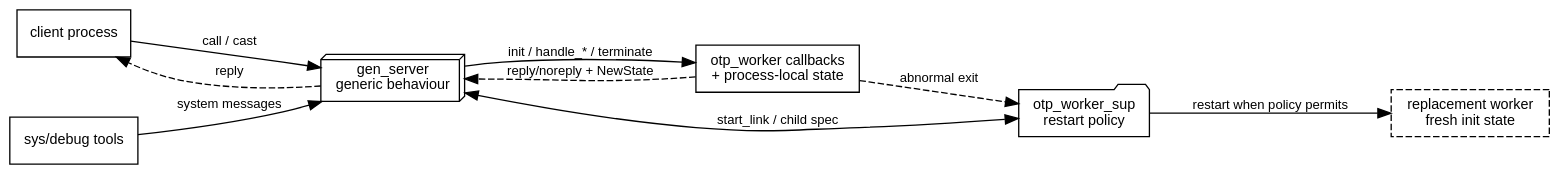
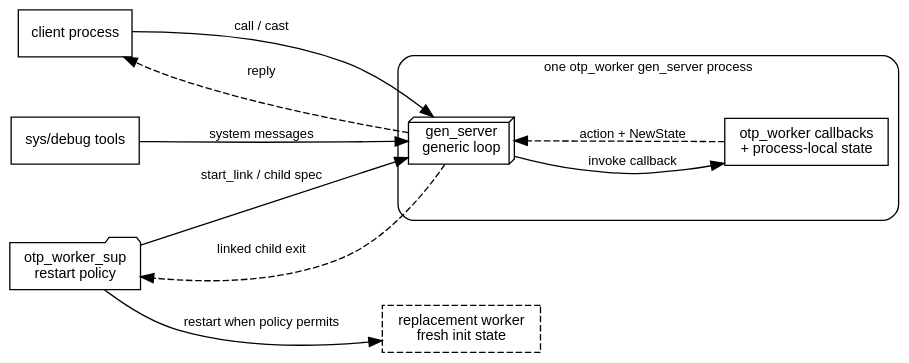
One commit to lost-rob0t/chatgpt-books changed the diagram in books/erlang/assets/otp-worker-lifecycle.dot. Above: the diagram before and after it, drawn with Graphviz.

Commit message:
Clarify Erlang worker process boundary

```diff
--- a/books/erlang/assets/otp-worker-lifecycle.dot
+++ b/books/erlang/assets/otp-worker-lifecycle.dot
@@ -1,21 +1,28 @@
 digraph otp_worker_lifecycle {
   graph [rankdir=LR, bgcolor="transparent", pad="0.2", nodesep="0.45", ranksep="0.8"];
   node [shape=box, fontname="sans-serif", fontsize=11];
   edge [fontname="sans-serif", fontsize=10];
 
   client [label="client process"];
   sys [label="sys/debug tools"];
-  behaviour [label="gen_server\ngeneric behaviour", shape=box3d];
-  callback [label="otp_worker callbacks\n+ process-local state"];
   supervisor [label="otp_worker_sup\nrestart policy", shape=folder];
   replacement [label="replacement worker\nfresh init state", style=dashed];
 
+  subgraph cluster_worker {
+    label="one otp_worker gen_server process";
+    fontname="sans-serif";
+    fontsize=10;
+    style=rounded;
+    behaviour [label="gen_server\ngeneric loop", shape=box3d];
+    callback [label="otp_worker callbacks\n+ process-local state"];
+    behaviour -> callback [label="invoke callback"];
+    callback -> behaviour [label="action + NewState", style=dashed];
+  }
+
   client -> behaviour [label="call / cast"];
   behaviour -> client [label="reply", style=dashed];
-  behaviour -> callback [label="init / handle_* / terminate"];
-  callback -> behaviour [label="reply/noreply + NewState", style=dashed];
   sys -> behaviour [label="system messages"];
-  supervisor -> behaviour [label="start_link / child spec", dir=both, arrowtail=normal, labeldistance=2.0];
-  callback -> supervisor [label="abnormal exit", style=dashed];
+  supervisor -> behaviour [label="start_link / child spec"];
+  behaviour -> supervisor [label="linked child exit", style=dashed];
   supervisor -> replacement [label="restart when policy permits"];
 }
```
